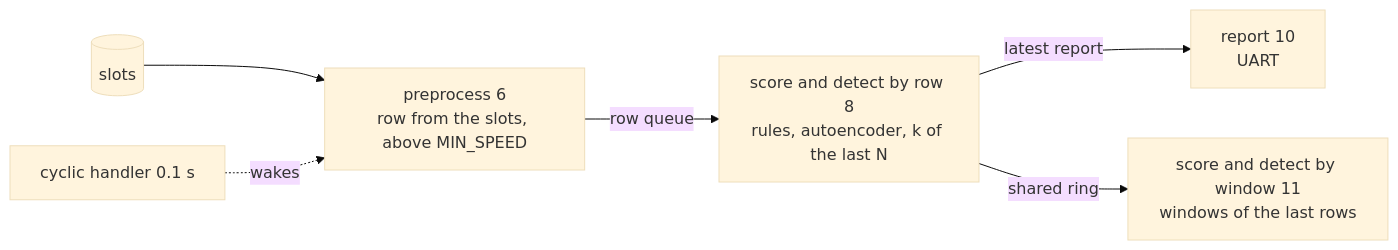
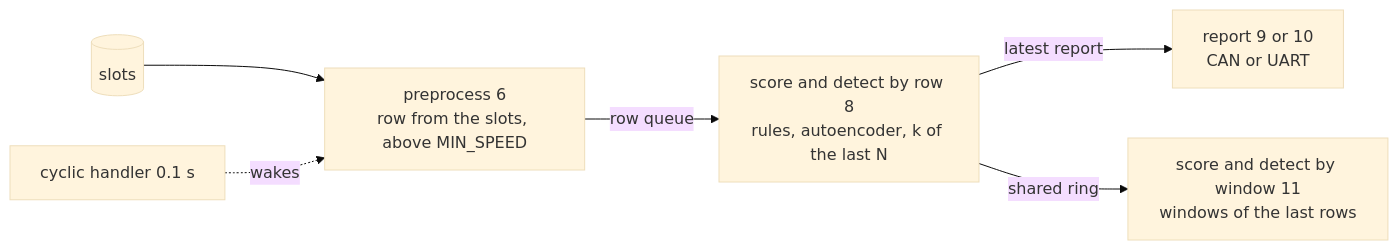
One commit to asana17/ai_can_anomaly_detection changed the diagram in board/lib/ai_can_anomaly_detection_tasks/README.md. Above: the diagram before and after it, drawn with Mermaid (base theme). The commit also changed other lines of this file and 13 other files, not shown here.

````diff
--- a/board/lib/ai_can_anomaly_detection_tasks/README.md
+++ b/board/lib/ai_can_anomaly_detection_tasks/README.md
@@ -6,8 +12,8 @@
 ```mermaid
 flowchart LR
     slots[(slots)] --> pre["preprocess 6<br/>row from the slots, above MIN_SPEED"]
     tick[cyclic handler 0.1 s] -. wakes .-> pre
     pre -- row queue --> sd["score and detect by row 8<br/>rules, autoencoder, k of the last N"]
-    sd -- latest report --> report["report 10<br/>UART"]
+    sd -- latest report --> report["report 9 or 10<br/>CAN or UART"]
     sd -- shared ring --> win["score and detect by window 11<br/>windows of the last rows"]
 ```
````
